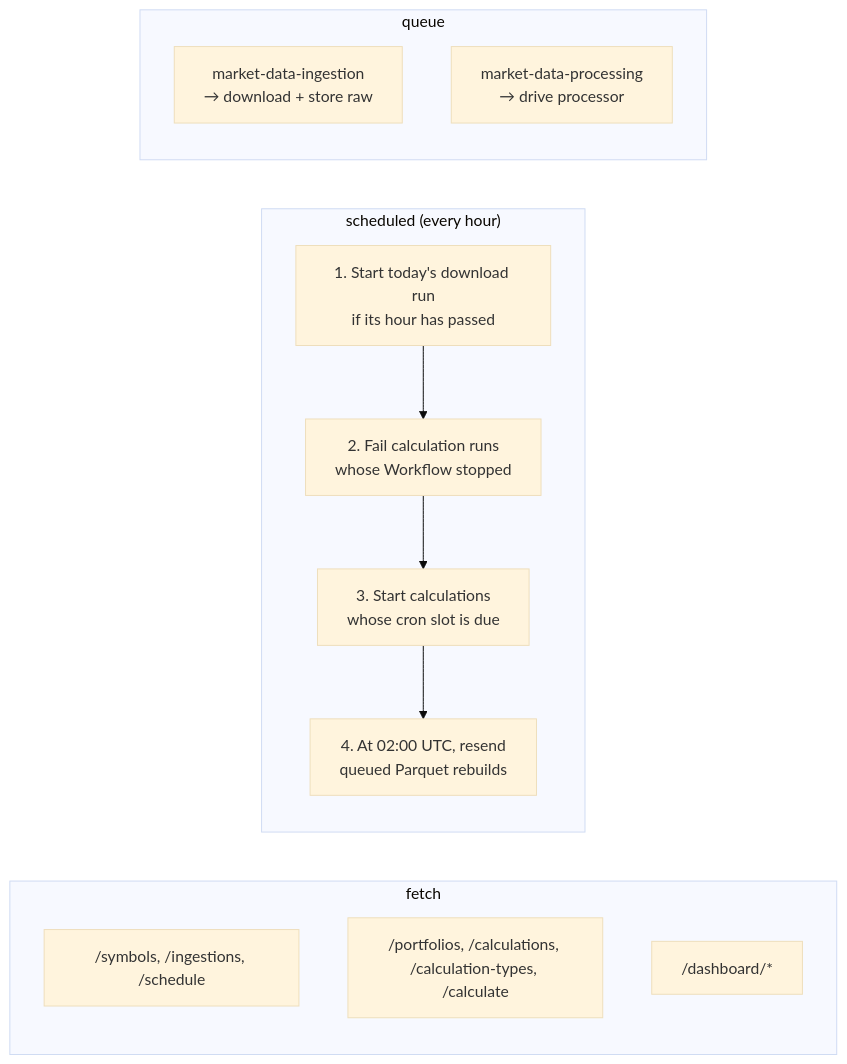
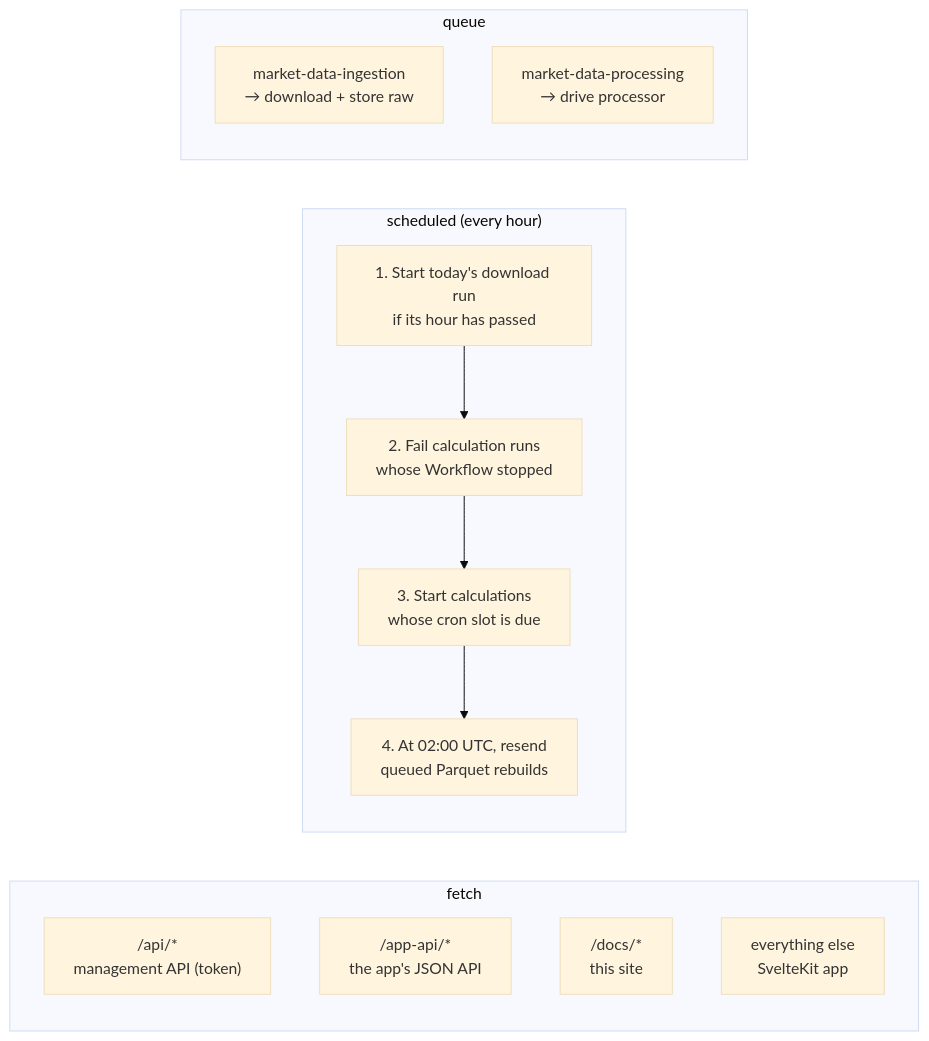
The second of 2 diagrams in docs/src/content/docs/architecture.md (maxime-filippini/data-service), drawn with Mermaid (base theme) before and after one commit. The commit also changed other lines of this file and 12 other files, not shown here.

Commit message:
docs: describe the SvelteKit app and the /api prefix

````diff
--- a/docs/src/content/docs/architecture.md
+++ b/docs/src/content/docs/architecture.md
@@ -65,22 +65,23 @@
 ```mermaid
 flowchart LR
   subgraph fetch
     direction TB
-    f1["/symbols, /ingestions, /schedule"]
-    f2["/portfolios, /calculations, /calculation-types, /calculate"]
-    f3["/dashboard/*"]
+    f1["/api/*<br/>management API (token)"]
+    f2["/app-api/*<br/>the app's JSON API"]
+    f3["/docs/*<br/>this site"]
+    f4["everything else<br/>SvelteKit app"]
   end
   subgraph scheduled["scheduled (every hour)"]
     direction TB
     s1["1. Start today's download run<br/>if its hour has passed"]
     s2["2. Fail calculation runs<br/>whose Workflow stopped"]
     s3["3. Start calculations<br/>whose cron slot is due"]
     s4["4. At 02:00 UTC, resend<br/>queued Parquet rebuilds"]
     s1 --> s2 --> s3 --> s4
   end
   subgraph queue
     direction TB
     q1["market-data-ingestion<br/>→ download + store raw"]
     q2["market-data-processing<br/>→ drive processor"]
   end
 ```
````
